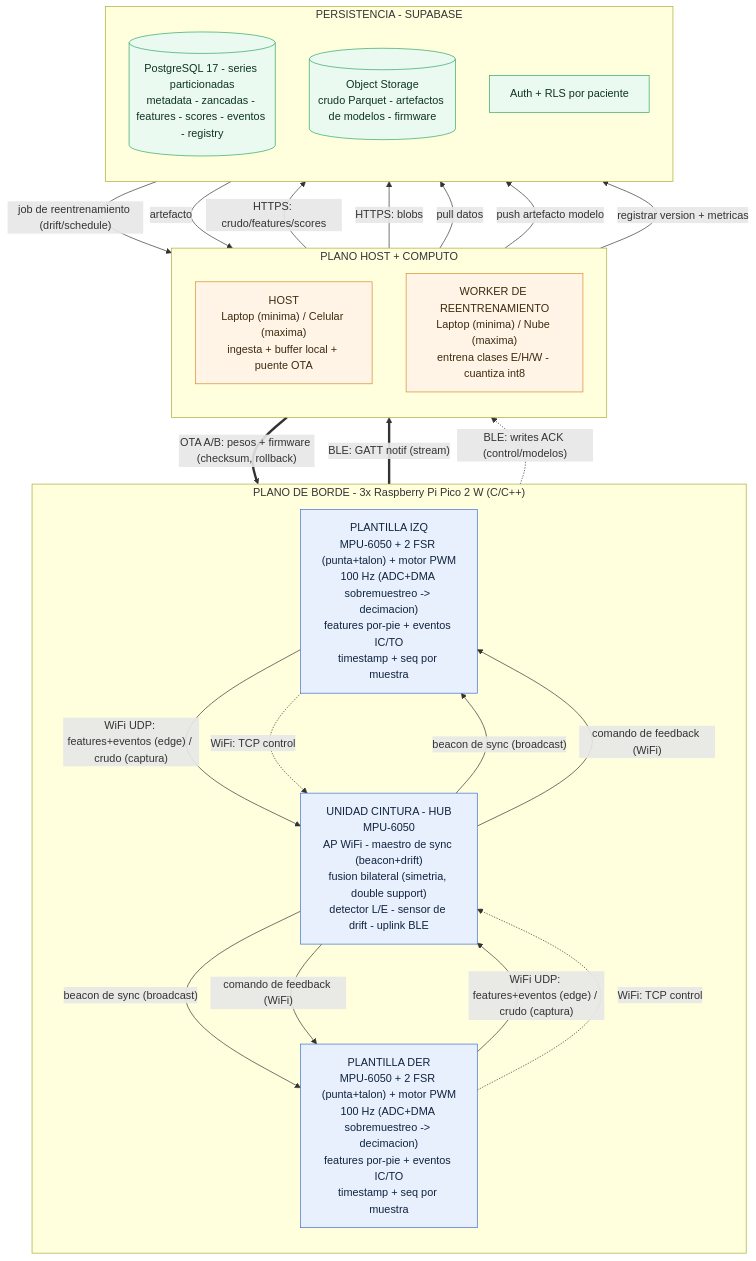
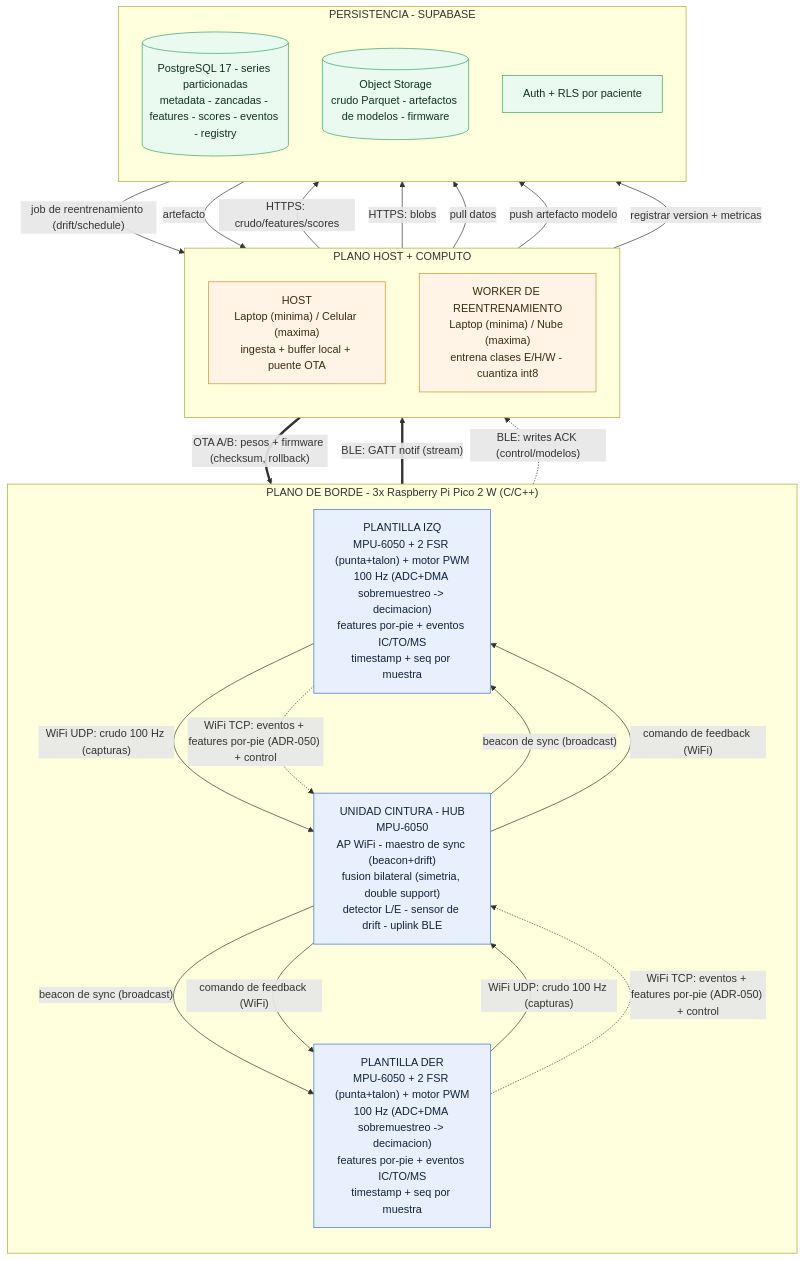
The diagram in docs/arquitectura/diagrama_arquitectura.mermaid (juanbag25/Tesis_Gramaglia_Azcueta), drawn with Mermaid before and after one commit. The commit also changed 25 other files, not shown here.

```diff
--- a/docs/arquitectura/diagrama_arquitectura.mermaid
+++ b/docs/arquitectura/diagrama_arquitectura.mermaid
@@ -1,60 +1,60 @@
 %% Arquitectura del sistema de plantillas inteligentes bilaterales (post-ACV)
 %% Topologia + flujos de datos, feedback, sincronizacion y despliegue de modelos
 flowchart TB
 
     subgraph BORDE["PLANO DE BORDE - 3x Raspberry Pi Pico 2 W (C/C++)"]
         direction TB
-        PI["PLANTILLA IZQ<br/>MPU-6050 + 2 FSR (punta+talon) + motor PWM<br/>100 Hz (ADC+DMA sobremuestreo -> decimacion)<br/>features por-pie + eventos IC/TO<br/>timestamp + seq por muestra"]
-        PD["PLANTILLA DER<br/>MPU-6050 + 2 FSR (punta+talon) + motor PWM<br/>100 Hz (ADC+DMA sobremuestreo -> decimacion)<br/>features por-pie + eventos IC/TO<br/>timestamp + seq por muestra"]
+        PI["PLANTILLA IZQ<br/>MPU-6050 + 2 FSR (punta+talon) + motor PWM<br/>100 Hz (ADC+DMA sobremuestreo -> decimacion)<br/>features por-pie + eventos IC/TO/MS<br/>timestamp + seq por muestra"]
+        PD["PLANTILLA DER<br/>MPU-6050 + 2 FSR (punta+talon) + motor PWM<br/>100 Hz (ADC+DMA sobremuestreo -> decimacion)<br/>features por-pie + eventos IC/TO/MS<br/>timestamp + seq por muestra"]
         CI["UNIDAD CINTURA - HUB<br/>MPU-6050<br/>AP WiFi - maestro de sync (beacon+drift)<br/>fusion bilateral (simetria, double support)<br/>detector L/E - sensor de drift - uplink BLE"]
     end
 
     subgraph HOST["PLANO HOST + COMPUTO"]
         direction TB
         LT["HOST<br/>Laptop (minima) / Celular (maxima)<br/>ingesta + buffer local + puente OTA"]
         WK["WORKER DE REENTRENAMIENTO<br/>Laptop (minima) / Nube (maxima)<br/>entrena clases E/H/W - cuantiza int8"]
     end
 
     subgraph CLOUD["PERSISTENCIA - SUPABASE"]
         direction TB
         DB[("PostgreSQL 17 - series particionadas<br/>metadata - zancadas - features - scores - eventos - registry")]
         OBJ[("Object Storage<br/>crudo Parquet - artefactos de modelos - firmware")]
         AUTH["Auth + RLS por paciente"]
     end
 
     %% Flujos de sensado (plantillas -> cintura) por WiFi
-    PI -->|"WiFi UDP: features+eventos (edge) / crudo (captura)"| CI
-    PD -->|"WiFi UDP: features+eventos (edge) / crudo (captura)"| CI
-    PI -.->|"WiFi: TCP control"| CI
-    PD -.->|"WiFi: TCP control"| CI
+    PI -->|"WiFi UDP: crudo 100 Hz (capturas)"| CI
+    PD -->|"WiFi UDP: crudo 100 Hz (capturas)"| CI
+    PI -.->|"WiFi TCP: eventos + features por-pie (ADR-050) + control"| CI
+    PD -.->|"WiFi TCP: eventos + features por-pie (ADR-050) + control"| CI
 
     %% Sincronizacion
     CI -->|"beacon de sync (broadcast)"| PI
     CI -->|"beacon de sync (broadcast)"| PD
 
     %% Feedback vibrotactil (cintura -> plantillas)
     CI -->|"comando de feedback (WiFi)"| PI
     CI -->|"comando de feedback (WiFi)"| PD
 
     %% Uplink cintura -> host (BLE)
     CI ==>|"BLE: GATT notif (stream)"| LT
     CI -.->|"BLE: writes ACK (control/modelos)"| LT
 
     %% Host -> persistencia
     LT -->|"HTTPS: crudo/features/scores"| DB
     LT -->|"HTTPS: blobs"| OBJ
 
     %% Ciclo de modelos
     WK -->|"pull datos"| DB
     WK -->|"push artefacto modelo"| OBJ
     WK -->|"registrar version + metricas"| DB
     DB -->|"job de reentrenamiento (drift/schedule)"| WK
     OBJ -->|"artefacto"| LT
     LT ==>|"OTA A/B: pesos + firmware (checksum, rollback)"| CI
 
     classDef micro fill:#e8f0fe,stroke:#3b6fd6,stroke-width:1px,color:#10233f;
     classDef host fill:#fff4e6,stroke:#d68b2c,stroke-width:1px,color:#3f2a10;
     classDef cloud fill:#eafaf0,stroke:#2fa564,stroke-width:1px,color:#0f3320;
     class PI,PD,CI micro;
     class LT,WK host;
     class DB,OBJ,AUTH cloud;
```
